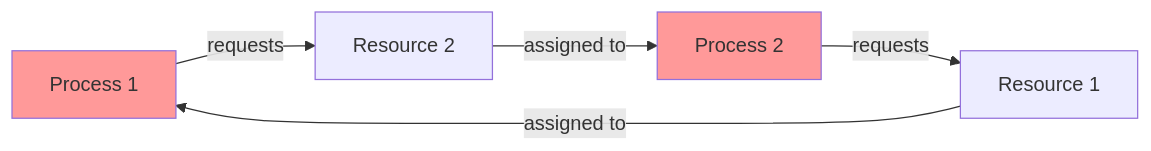
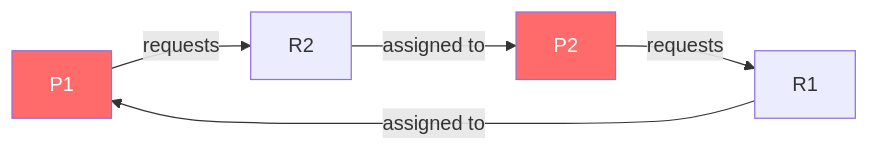
Before and after one commit to vanos001/placement_prep: the fifth of 7 diagrams in src/os/synchronization/deadlocks/README.md, drawn with Mermaid. The commit also changed other lines of this file and 2 other files, not shown here.

````diff
--- a/src/os/synchronization/deadlocks/README.md
+++ b/src/os/synchronization/deadlocks/README.md
@@ -30,10 +139,10 @@
 ```mermaid
 graph LR
-    P1[Process 1] -->|requests| R2[Resource 2]
-    R1[Resource 1] -->|assigned to| P1
-    P2[Process 2] -->|requests| R1
+    P1 -->|requests| R2
     R2 -->|assigned to| P2
+    P2 -->|requests| R1
+    R1 -->|assigned to| P1
     
-    style P1 fill:#ff9999
-    style P2 fill:#ff9999
+    style P1 fill:#ff6b6b,color:#fff
+    style P2 fill:#ff6b6b,color:#fff
 ```
````
